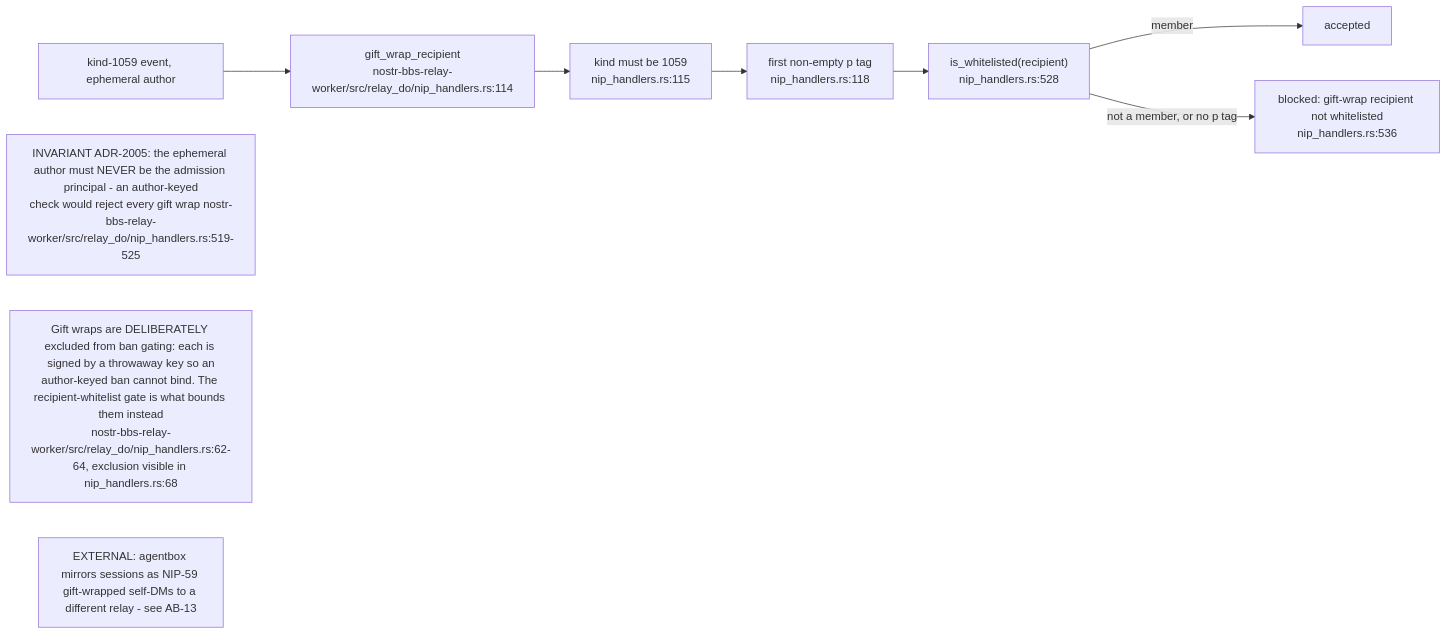
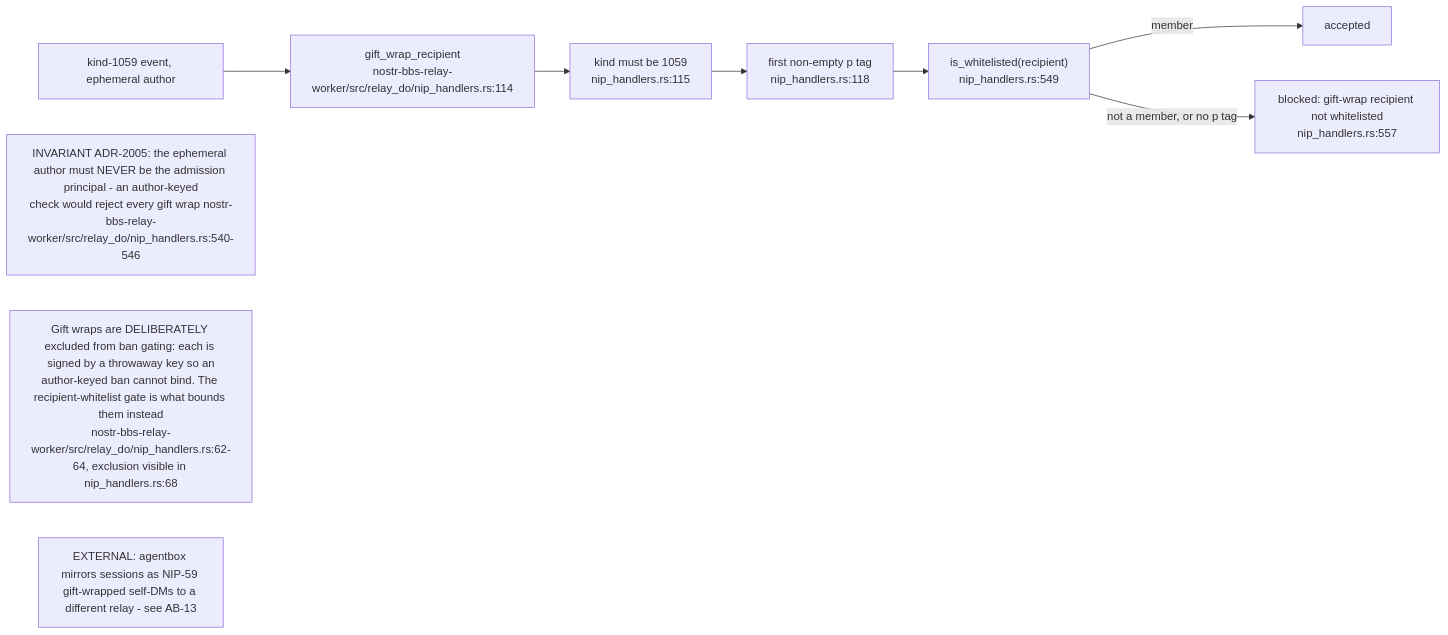
The fifth of 13 diagrams in docs/diagrams/nostr-rust-forum/03-relay-worker-admission-auth-and-trust.md (DreamLab-AI/VisionFlow), drawn with Mermaid before and after one commit. The commit also changed other lines of this file and 51 other files, not shown here.

First line of the commit message:
docs(diagrams): agentbox AB-01..13 re-attested anchor by anchor (980 anchors, 22 defects); checkpoint against an out-of-mesh writer

````diff
--- a/docs/diagrams/nostr-rust-forum/03-relay-worker-admission-auth-and-trust.md
+++ b/docs/diagrams/nostr-rust-forum/03-relay-worker-admission-auth-and-trust.md
@@ -144,18 +144,18 @@
 ```mermaid
 flowchart LR
     EV["kind-1059 event, ephemeral author"]
     EX["gift_wrap_recipient<br/>nostr-bbs-relay-worker/src/relay_do/nip_handlers.rs:114"]
     K["kind must be 1059<br/>nip_handlers.rs:115"]
     T["first non-empty p tag<br/>nip_handlers.rs:118"]
-    WL["is_whitelisted(recipient)<br/>nip_handlers.rs:528"]
+    WL["is_whitelisted(recipient)<br/>nip_handlers.rs:549"]
     OK["accepted"]
-    NO["blocked: gift-wrap recipient not whitelisted<br/>nip_handlers.rs:536"]
+    NO["blocked: gift-wrap recipient not whitelisted<br/>nip_handlers.rs:557"]
 
     EV --> EX --> K --> T --> WL
     WL -->|"member"| OK
     WL -->|"not a member, or no p tag"| NO
 
-    N1["INVARIANT ADR-2005: the ephemeral author must NEVER be the admission principal - an author-keyed<br/>check would reject every gift wrap nostr-bbs-relay-worker/src/relay_do/nip_handlers.rs:519-525"]
+    N1["INVARIANT ADR-2005: the ephemeral author must NEVER be the admission principal - an author-keyed<br/>check would reject every gift wrap nostr-bbs-relay-worker/src/relay_do/nip_handlers.rs:540-546"]
     N2["Gift wraps are DELIBERATELY excluded from ban gating: each is signed by a throwaway key so an<br/>author-keyed ban cannot bind. The recipient-whitelist gate is what bounds them instead<br/>nostr-bbs-relay-worker/src/relay_do/nip_handlers.rs:62-64, exclusion visible in nip_handlers.rs:68"]
     N3["EXTERNAL: agentbox mirrors sessions as NIP-59 gift-wrapped self-DMs to a different relay - see AB-13"]
 ```
````
